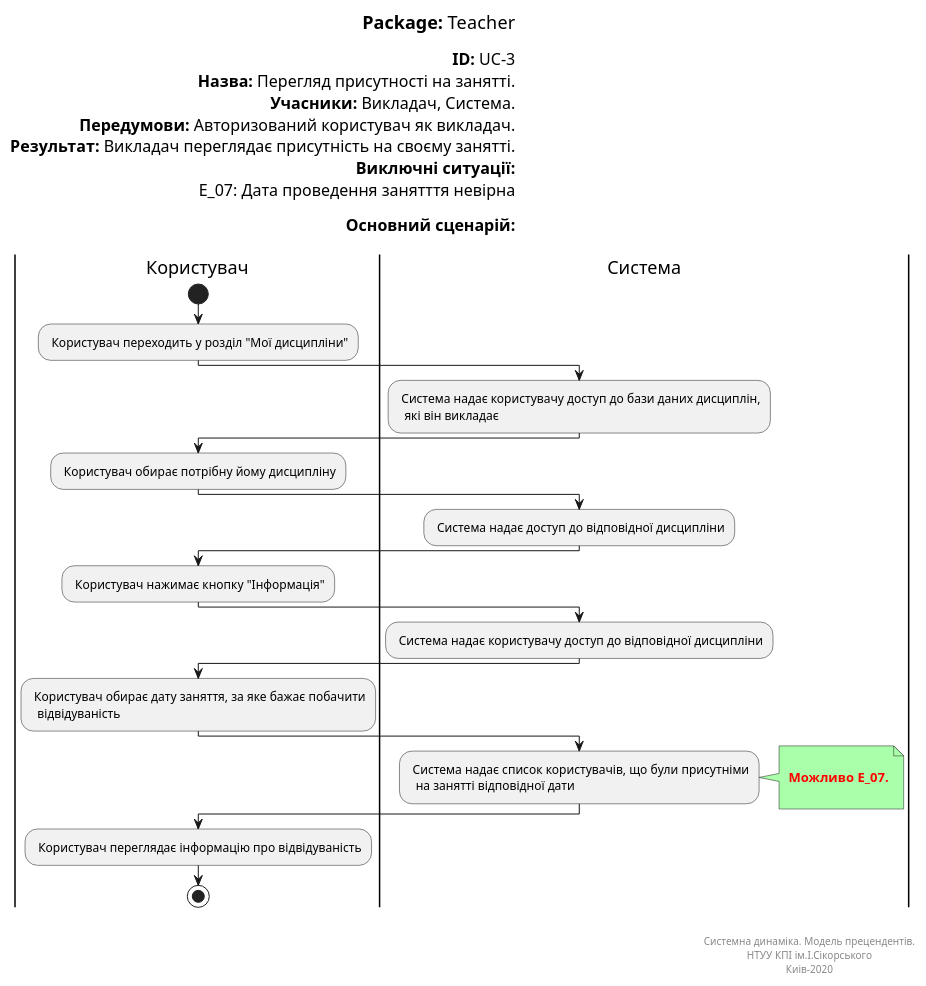
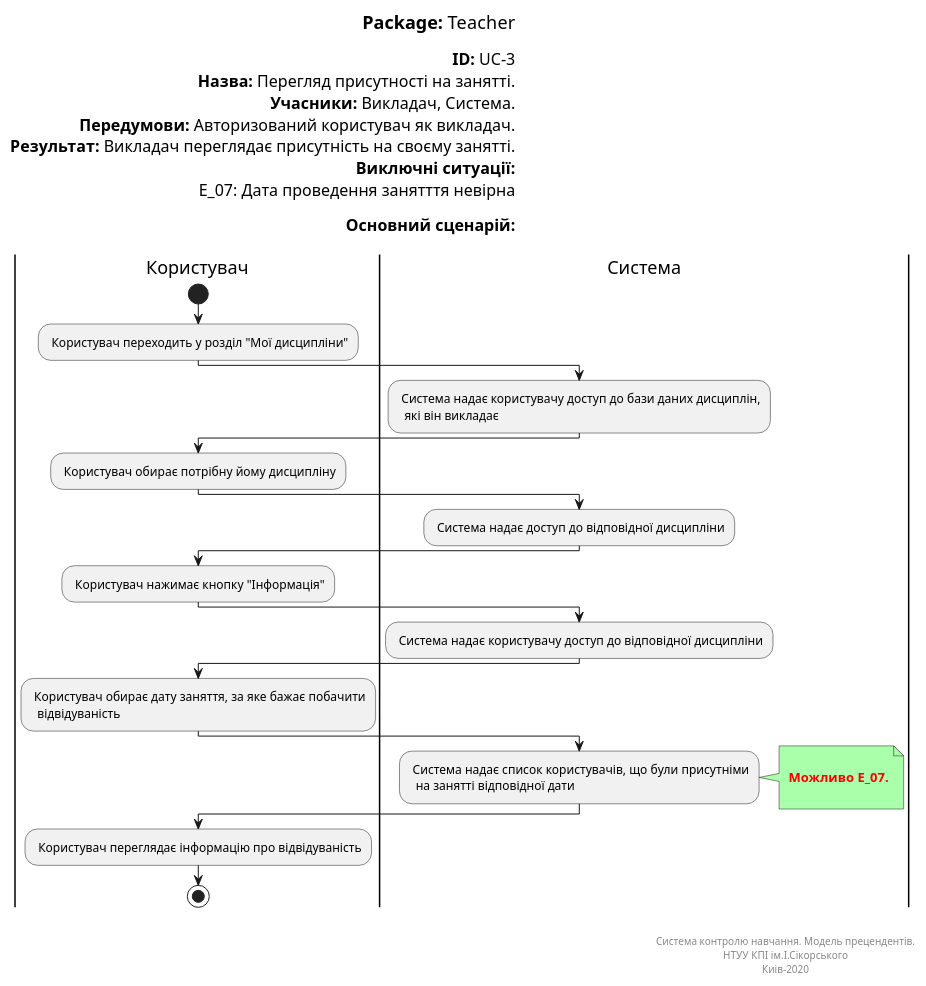
The diagram in docs/UML_Diagrams/scenarios/teacher/diagrams/UC-3.pu (vladlinu/TeamOne), drawn with PlantUML before and after one commit. The commit also changed 9 other files, not shown here.

```diff
--- a/docs/UML_Diagrams/scenarios/teacher/diagrams/UC-3.pu
+++ b/docs/UML_Diagrams/scenarios/teacher/diagrams/UC-3.pu
@@ -1,63 +1,63 @@
 @startuml
 left header
 <font color=000 size=18><b>Package:</b> Teacher
 
 <font color=000 size=16><b>ID:</b> UC-3
 <font color=000 size=16><b>Назва:</b> Перегляд присутності на занятті.
 <font color=000 size=16><b>Учасники:</b> Викладач, Система.
 <font color=000 size=16><b>Передумови:</b> Авторизований користувач як викладач.
 <font color=000 size=16><b>Результат:</b> Викладач переглядає присутність на своєму занятті.
 <font color=000 size=16><b>Виключні ситуації:</b>
 <font color=000 size=16> E_07: Дата проведення занятття невірна
 
 <font color=000 size=16><b>Основний сценарій:</b>
 
 end header
 
 |Користувач|
 start
 : Користувач переходить у розділ "Мої дисципліни";
 
 |Система|
 : Система надає користувачу доступ до бази даних дисциплін, 
   які він викладає;
    
 |Користувач|
 : Користувач обирає потрібну йому дисципліну;   
 
 |Система|
 : Система надає доступ до відповідної дисципліни;
 
 |Користувач|
 : Користувач нажимає кнопку "Інформація";   
 
 |Система|
 : Система надає користувачу доступ до відповідної дисципліни;
 
 
 |Користувач|
 : Користувач обирає дату заняття, за яке бажає побачити
   відвідуваність;
 
 |Система|
 : Система надає список користувачів, що були присутніми
   на занятті відповідної дати;
 note right #aaffaa
 
 <font color=red><b> Можливо E_07.
 
 end note
 
 |Користувач|
 : Користувач переглядає інформацію про відвідуваність;  
   
 stop;
 
 right footer
 
 
-Системна динаміка. Модель прецендентів.
+Система контролю навчання. Модель прецендентів.
 НТУУ КПІ ім.І.Сікорського
 Киів-2020
 end footer
 @enduml
```
